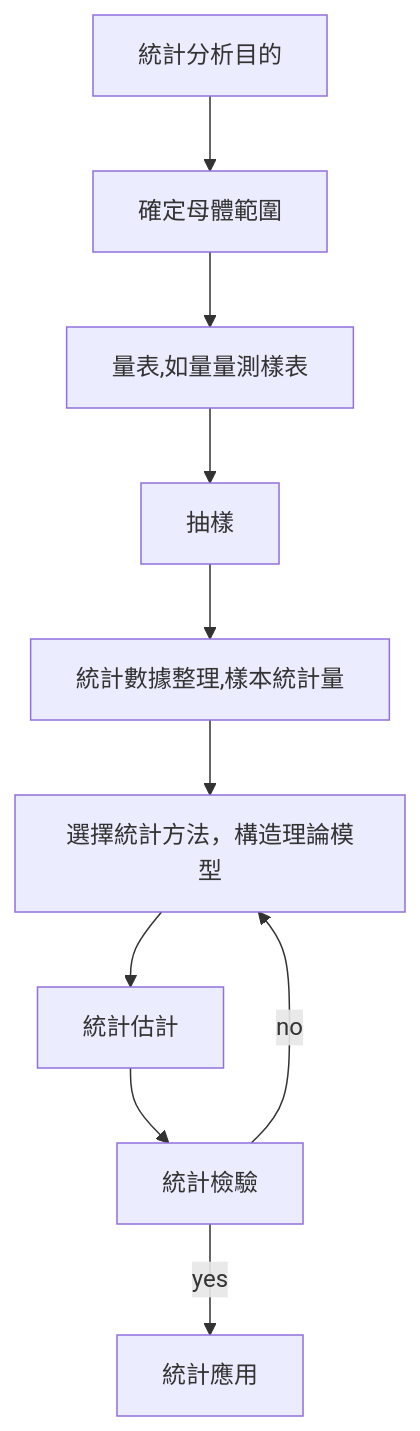
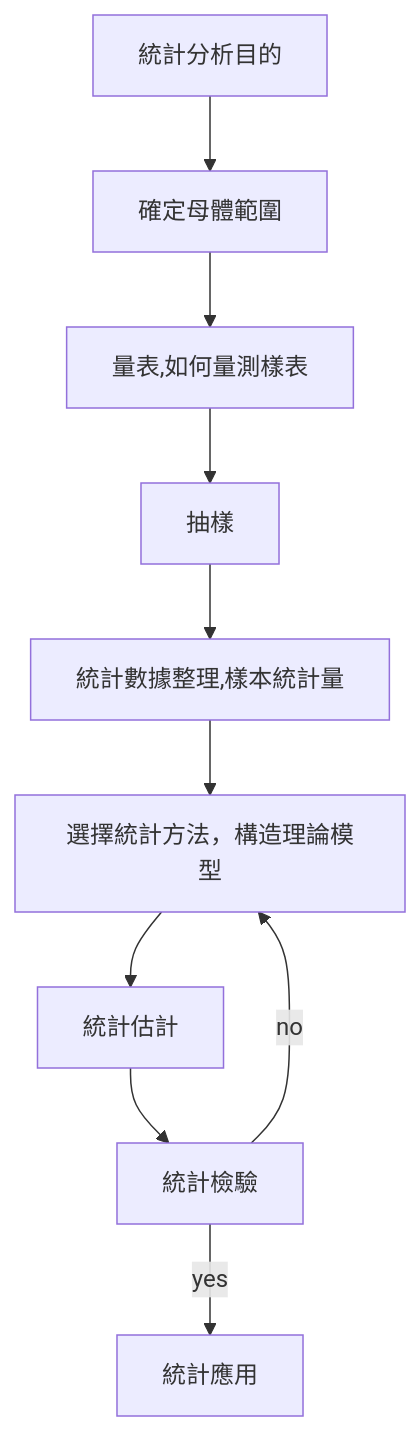
Before and after one commit to chchoiw/chchoiw.github.io: the first of 2 diagrams in _posts/2022-05-21-statistic_anova.md, drawn with Mermaid.

````diff
--- a/_posts/2022-05-21-statistic_anova.md
+++ b/_posts/2022-05-21-statistic_anova.md
@@ -44,24 +44,21 @@
 ```mermaid
 graph TB
 id0[統計分析目的]
 id1[確定母體範圍]
-id2[量表,如量量測樣表]
+id2[量表,如何量測樣表]
 id3[抽樣]
 id4[統計數據整理,樣本統計量]
 id5[選擇統計方法，構造理論模型]
 id6[統計估計]
 id7[統計檢驗]
 id8[統計應用]
-
-
 id0-->id1
 id1-->id2
 id2-->id3
 id3-->id4
 id4-->id5
 id5-->id6
 id6-->id7
 id7-->|yes|id8
 id7-->|no|id5
-
 ```
````
